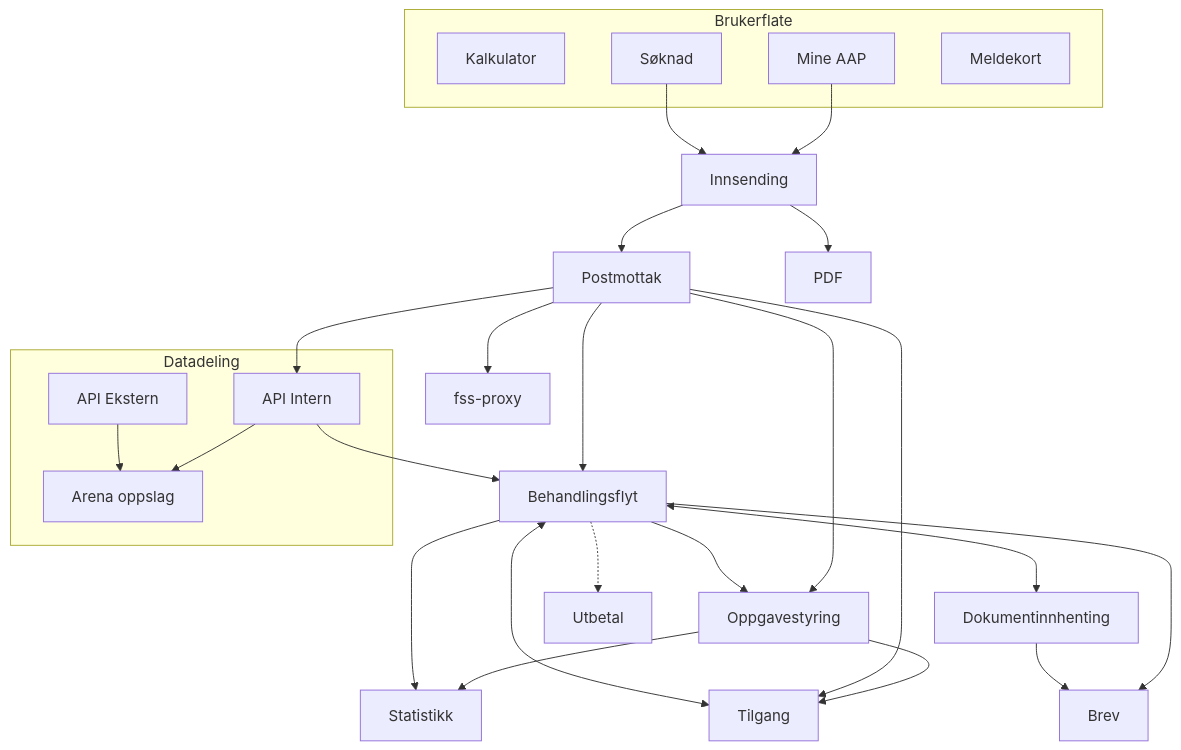
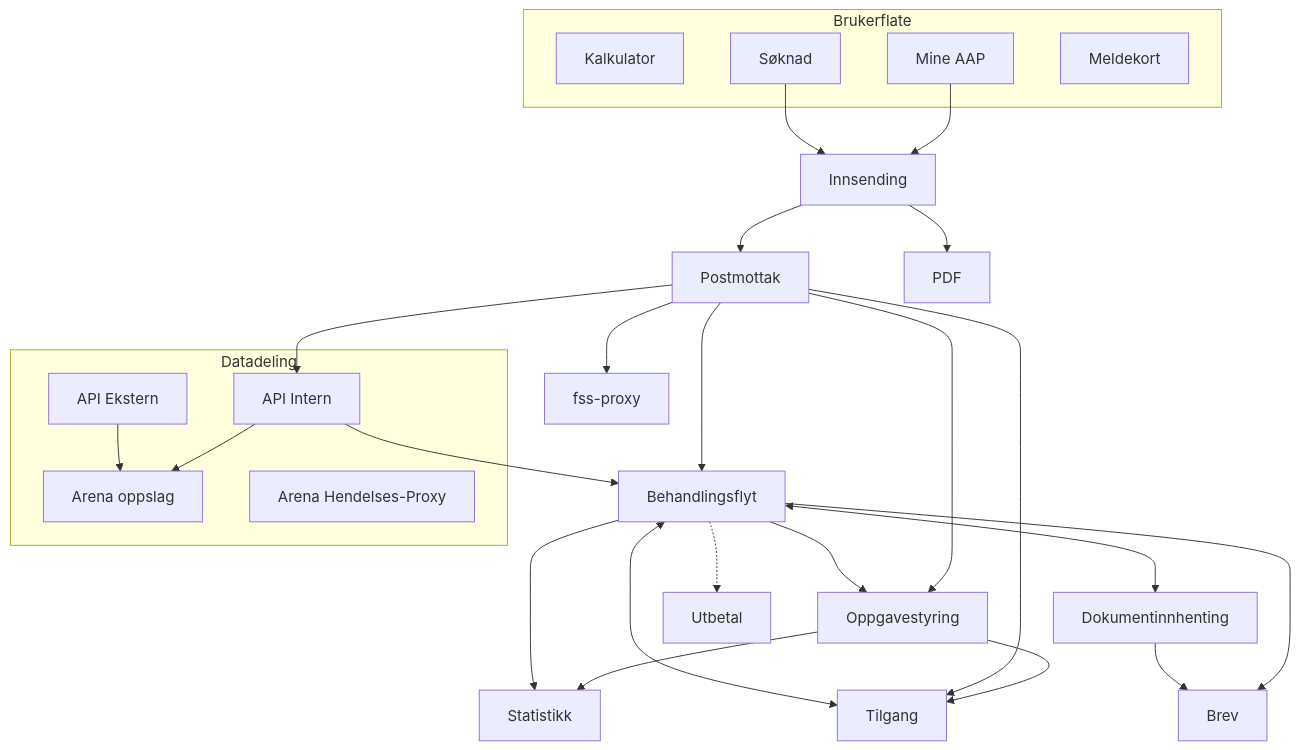
The diagram in docs/funksjonalitet/funksjonalitet.md (navikt/aap-intern-sysdok), drawn with Mermaid before and after one commit.

Commit message:
Undo fjerning av arena hendelsesproxy fr akomponentdiagram

````diff
--- a/docs/funksjonalitet/funksjonalitet.md
+++ b/docs/funksjonalitet/funksjonalitet.md
@@ -11,36 +11,37 @@
 ```mermaid
 graph TD
     subgraph Brukerflate 
     KA
     SK
     MA
     MK[Meldekort]
     end
 KA[Kalkulator]
 SK[Søknad] --> IS[Innsending]
 IS --> PM[Postmottak]
-PM --> AHP[fss-proxy]
+PM --> FSP[fss-proxy]
 MA[Mine AAP] --> IS
 IS --> PDF
 PM --> Behandlingsflyt[Behandlingsflyt]
 Behandlingsflyt --> OP[Oppgavestyring]
 Behandlingsflyt <--> TS[Tilgang]
 Behandlingsflyt <--> Dokumentinnhenting
 Dokumentinnhenting --> BR
 Ø[Utbetal]
 Behandlingsflyt -.-> Ø
 PM --> TS
 PM --> OP
 Behandlingsflyt --> BR[Brev]
 Behandlingsflyt --> ST[Statistikk]
 OP --> ST
 PM --> APII
 subgraph Datadeling
 APIA[Arena oppslag]
 APII[API Intern]
 API[API Ekstern] --> APIA
+AHP[Arena Hendelses-Proxy]
 end
 APII --> Behandlingsflyt
 APII --> APIA
 OP --> TS
 ```
````
